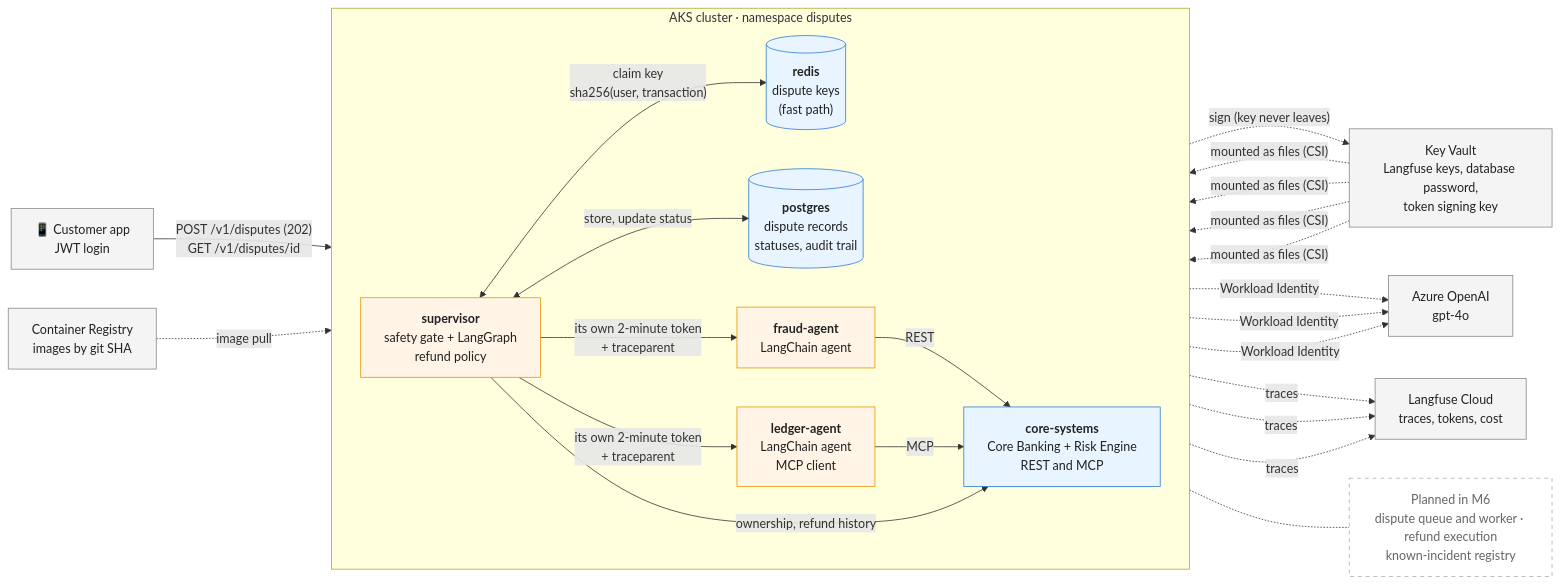
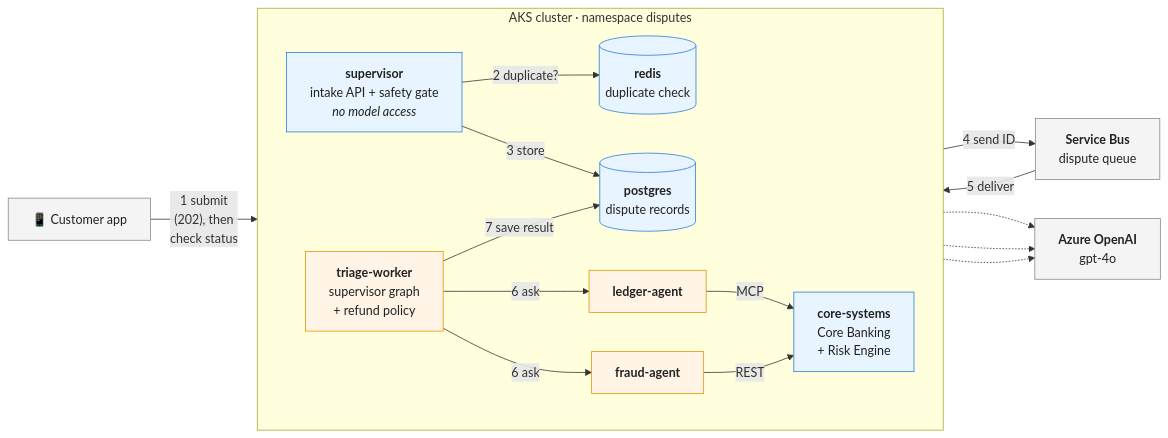
The second of 4 diagrams in README.md (mangeleth/nequi-bank-agent-demo), drawn with Mermaid before and after one commit. The commit also changed other lines of this file and 5 other files, not shown here.

First line of the commit message:
M6 Step 10b deployed: Service Bus queue and separate triage worker on AKS

````diff
--- a/README.md
+++ b/README.md
@@ -61,45 +61,39 @@
 ```mermaid
 flowchart LR
-    app["📱 Customer app<br/>JWT login"]
+    app["📱 Customer app"]
 
     subgraph aks["AKS cluster · namespace disputes"]
         direction LR
-        sup["<b>supervisor</b><br/>safety gate + LangGraph<br/>refund policy"]
-        redis[("<b>redis</b><br/>dispute keys<br/>(fast path)")]
-        pg[("<b>postgres</b><br/>dispute records<br/>statuses, audit trail")]
-        fraud["<b>fraud-agent</b><br/>LangChain agent"]
-        ledger["<b>ledger-agent</b><br/>LangChain agent<br/>MCP client"]
-        core["<b>core-systems</b><br/>Core Banking + Risk Engine<br/>REST and MCP"]
+        sup["<b>supervisor</b><br/>intake API + safety gate<br/><i>no model access</i>"]
+        redis[("<b>redis</b><br/>duplicate check")]
+        pg[("<b>postgres</b><br/>dispute records")]
+        worker["<b>triage-worker</b><br/>supervisor graph<br/>+ refund policy"]
+        ledger["<b>ledger-agent</b>"]
+        fraud["<b>fraud-agent</b>"]
+        core["<b>core-systems</b><br/>Core Banking<br/>+ Risk Engine"]
     end
 
-    aoai["Azure OpenAI<br/>gpt-4o"]
-    kv["Key Vault<br/>Langfuse keys, database password,<br/>token signing key"]
-    lf["Langfuse Cloud<br/>traces, tokens, cost"]
-    acr["Container Registry<br/>images by git SHA"]
-    planned["Planned in M6<br/>dispute queue and worker · refund execution<br/>known-incident registry"]
+    sb["<b>Service Bus</b><br/>dispute queue"]
+    aoai["<b>Azure OpenAI</b><br/>gpt-4o"]
 
-    app -- "POST /v1/disputes (202)<br/>GET /v1/disputes/id" --> sup
-    sup <-- "claim key<br/>sha256(user, transaction)" --> redis
-    sup <-- "store, update status" --> pg
-    sup -- "its own 2-minute token<br/>+ traceparent" --> fraud
-    sup -- "its own 2-minute token<br/>+ traceparent" --> ledger
-    sup -. "sign (key never leaves)" .-> kv
+    app -- "1 submit<br/>(202), then<br/>check status" --> sup
+    sup -- "2 duplicate?" --> redis
+    sup -- "3 store" --> pg
+    sup -- "4 send ID" --> sb
+    sb -- "5 deliver" --> worker
+    worker -- "6 ask" --> ledger
+    worker -- "6 ask" --> fraud
+    ledger -- "MCP" --> core
     fraud -- "REST" --> core
-    ledger -- "MCP" --> core
-    sup -- "ownership, refund history" --> core
-
-    sup & fraud & ledger -. "Workload Identity" .-> aoai
-    sup & fraud & ledger -. "traces" .-> lf
-    kv -. "mounted as files (CSI)" .-> sup & fraud & ledger & pg
-    acr -. "image pull" .-> aks
-    sup -.- planned
+    worker -- "7 save result" --> pg
+    worker -.-> aoai
+    ledger -.-> aoai
+    fraud -.-> aoai
 
     classDef llm fill:#fff4e5,stroke:#e69500,color:#222
     classDef det fill:#e8f4ff,stroke:#2b7bd6,color:#222
     classDef ext fill:#f4f4f4,stroke:#888,color:#222
-    classDef plan fill:#ffffff,stroke:#aaa,stroke-dasharray: 5 5,color:#666
-    class sup,fraud,ledger llm
-    class core,redis,pg det
-    class app,aoai,kv,lf,acr ext
-    class planned plan
+    class worker,fraud,ledger llm
+    class sup,core,redis,pg det
+    class app,aoai,sb ext
 ```
````
